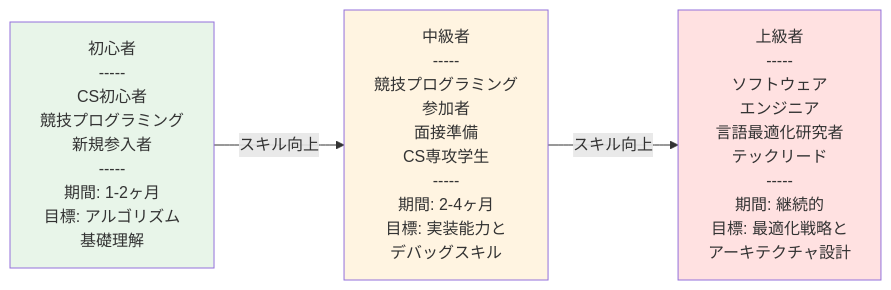
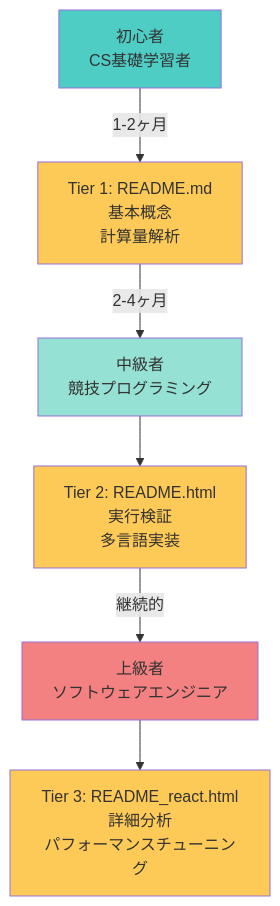
Before and after one commit to myoshi2891/Algorithm-DataStructures-Math-SQL: the ninth of 9 diagrams in README.md, drawn with Mermaid. The commit also changed other lines of this file, not shown here.

````diff
--- a/README.md
+++ b/README.md
@@ -637,15 +768,17 @@
 ```mermaid
-graph LR
-    Beginner[初心者<br/>-----<br/>CS初心者<br/>競技プログラミング<br/>新規参入者<br/>-----<br/>期間: 1-2ヶ月<br/>目標: アルゴリズム<br/>基礎理解]
-
-    Intermediate[中級者<br/>-----<br/>競技プログラミング<br/>参加者<br/>面接準備<br/>CS専攻学生<br/>-----<br/>期間: 2-4ヶ月<br/>目標: 実装能力と<br/>デバッグスキル]
-
-    Advanced[上級者<br/>-----<br/>ソフトウェア<br/>エンジニア<br/>言語最適化研究者<br/>テックリード<br/>-----<br/>期間: 継続的<br/>目標: 最適化戦略と<br/>アーキテクチャ設計]
-
-    Beginner -->|スキル向上| Intermediate
-    Intermediate -->|スキル向上| Advanced
-
-    style Beginner fill:#e8f5e9
-    style Intermediate fill:#fff4e1
-    style Advanced fill:#ffe1e1
+graph TB
+    Beginner[初心者<br/>CS基礎学習者] -->|1-2ヶ月| T1[Tier 1: README.md<br/>基本概念<br/>計算量解析]
+    
+    T1 -->|2-4ヶ月| Intermediate[中級者<br/>競技プログラミング]
+    Intermediate --> T2[Tier 2: README.html<br/>実行検証<br/>多言語実装]
+    
+    T2 -->|継続的| Advanced[上級者<br/>ソフトウェアエンジニア]
+    Advanced --> T3[Tier 3: README_react.html<br/>詳細分析<br/>パフォーマンスチューニング]
+    
+    style Beginner fill:#4ecdc4
+    style Intermediate fill:#95e1d3
+    style Advanced fill:#f38181
+    style T1 fill:#feca57
+    style T2 fill:#feca57
+    style T3 fill:#feca57
 ```
````
